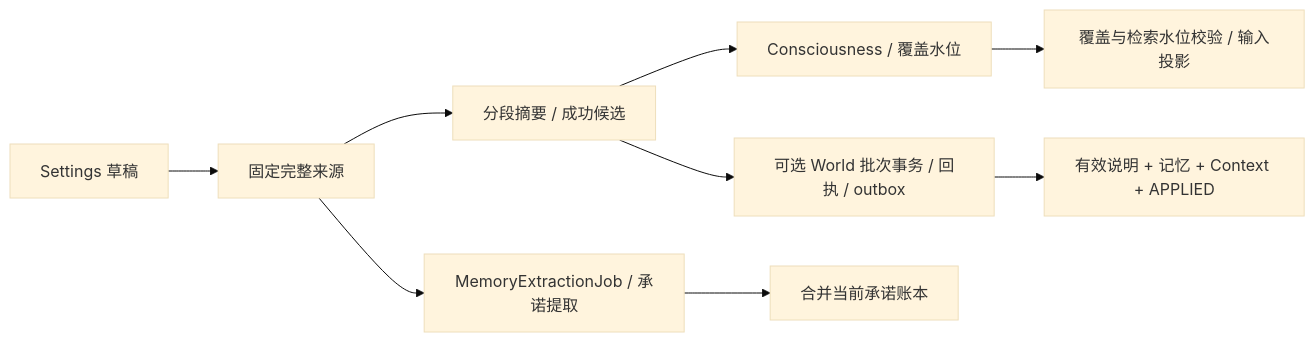
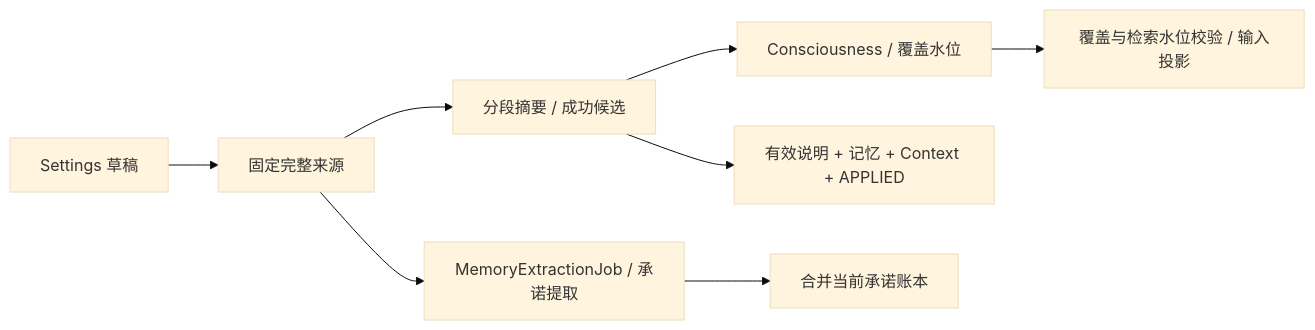
The third of 4 diagrams in docs/data-flow.md (ExplodeCode6324/Secretary), drawn with Mermaid (base theme) before and after one commit. The commit also changed other lines of this file and 140 other files, not shown here.

````diff
--- a/docs/data-flow.md
+++ b/docs/data-flow.md
@@ -49,11 +49,10 @@
 ```mermaid
 flowchart LR
   Source[固定完整来源] --> Summary[分段摘要 / 成功候选]
   Summary --> Memory[Consciousness / 覆盖水位]
   Source --> Extract[MemoryExtractionJob / 承诺提取]
   Extract --> Ledger[合并当前承诺账本]
   Memory --> Projection[覆盖与检索水位校验 / 输入投影]
   Draft[Settings 草稿] --> Source
-  Summary --> World[可选 World 批次事务 / 回执 / outbox]
-  World --> Applied[有效说明 + 记忆 + Context + APPLIED]
+  Summary --> Applied[有效说明 + 记忆 + Context + APPLIED]
 ```
````
